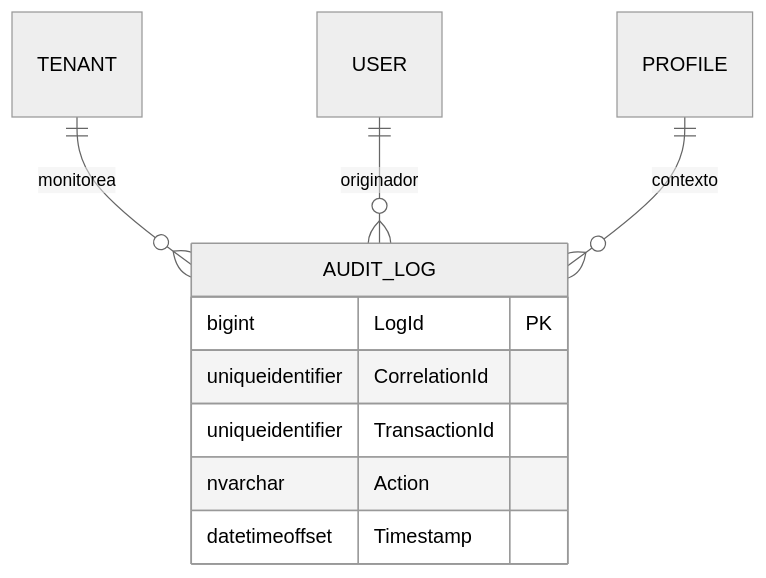
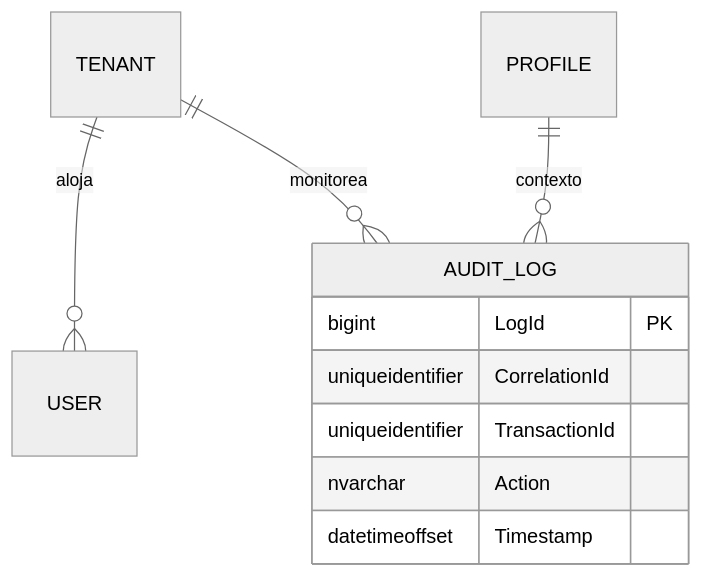
One commit to beyondnetcode/ums changed the fourth of 4 diagrams in architecture/blueprints-es/database-design-er.md. Above: the diagram before and after it, drawn with Mermaid (neutral theme). The commit also changed other lines of this file and 5 other files, not shown here.

````diff
--- a/architecture/blueprints-es/database-design-er.md
+++ b/architecture/blueprints-es/database-design-er.md
@@ -145,14 +121,14 @@
 ```mermaid
 erDiagram
+    TENANT ||--o{ USER : "aloja"
     TENANT ||--o{ AUDIT_LOG : "monitorea"
-    USER ||--o{ AUDIT_LOG : "originador"
     PROFILE ||--o{ AUDIT_LOG : "contexto"
-
+    
     AUDIT_LOG {
         bigint LogId PK
         uniqueidentifier CorrelationId
         uniqueidentifier TransactionId
         nvarchar Action
         datetimeoffset Timestamp
     }
 ```
````
